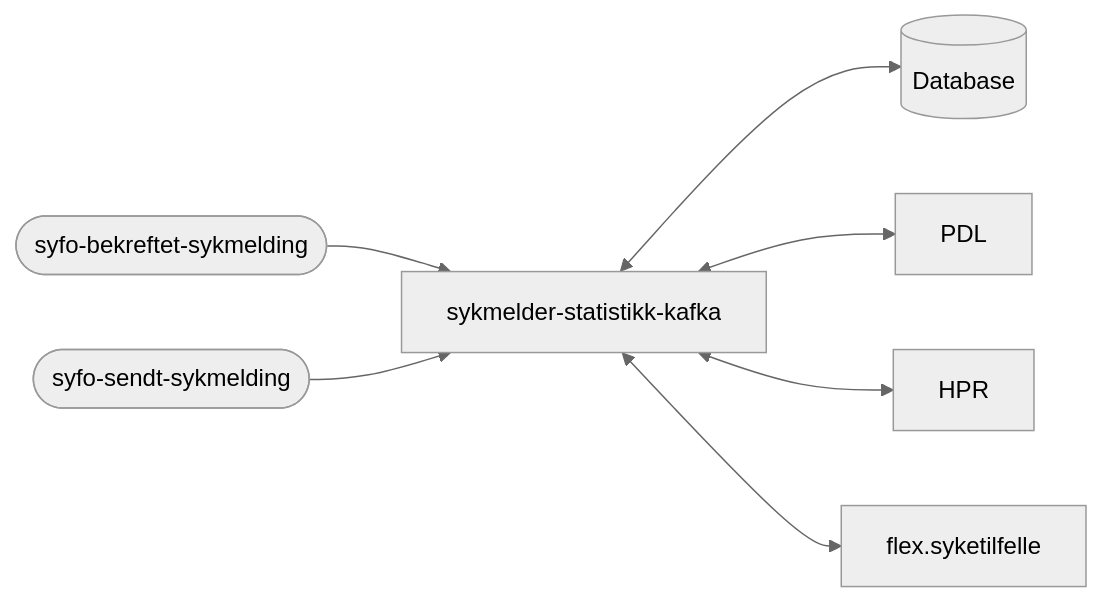
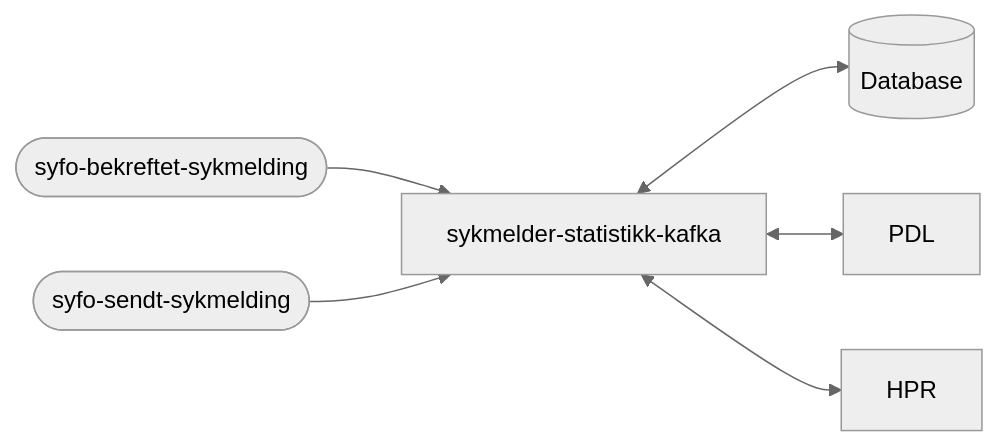
One commit to navikt/sykmelder-statistikk-kafka changed the second of 2 diagrams in README.md. Above: the diagram before and after it, drawn with Mermaid (neutral theme). The commit also changed other lines of this file, not shown here.

````diff
--- a/README.md
+++ b/README.md
@@ -35,9 +35,8 @@
 ```mermaid
   graph LR
       id1([syfo-bekreftet-sykmelding]) --> sykmelder-statistikk-kafka
       id2([syfo-sendt-sykmelding]) --> sykmelder-statistikk-kafka
       sykmelder-statistikk-kafka <--> id3[(Database)]
       sykmelder-statistikk-kafka <--> PDL
       sykmelder-statistikk-kafka <--> HPR
-      sykmelder-statistikk-kafka <--> flex.syketilfelle
 ```
````
